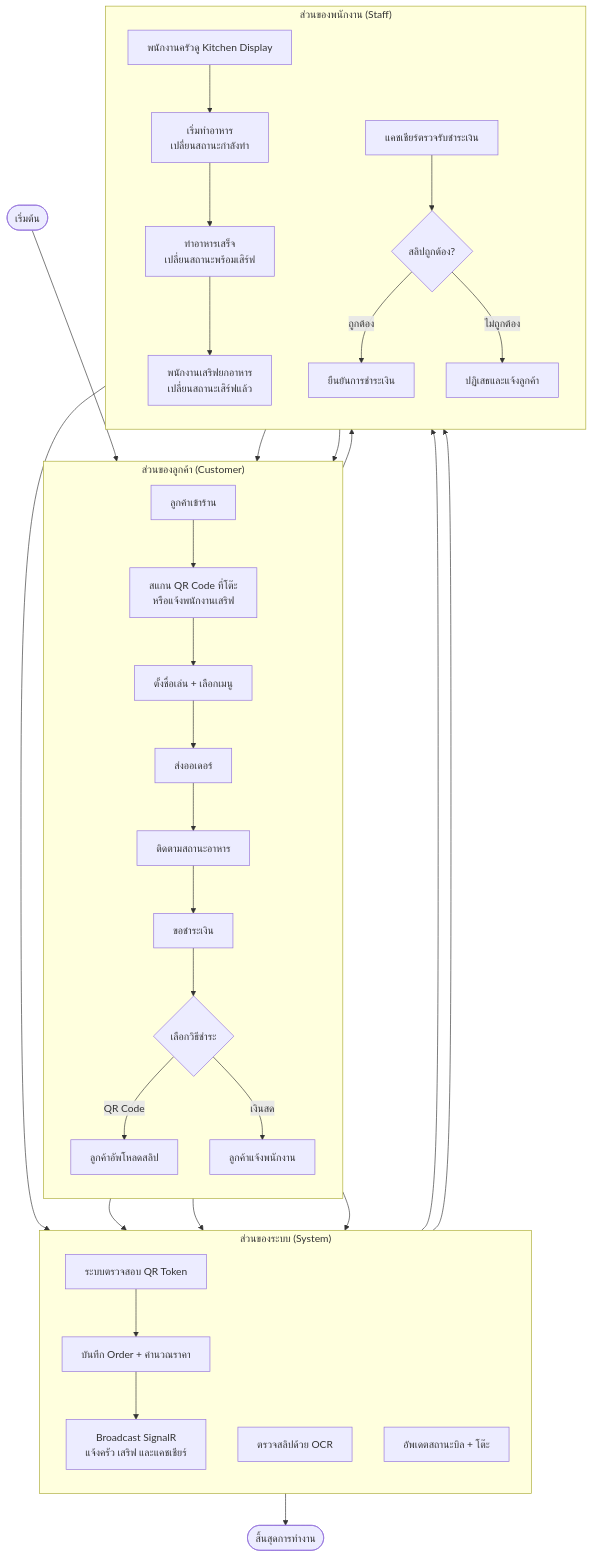
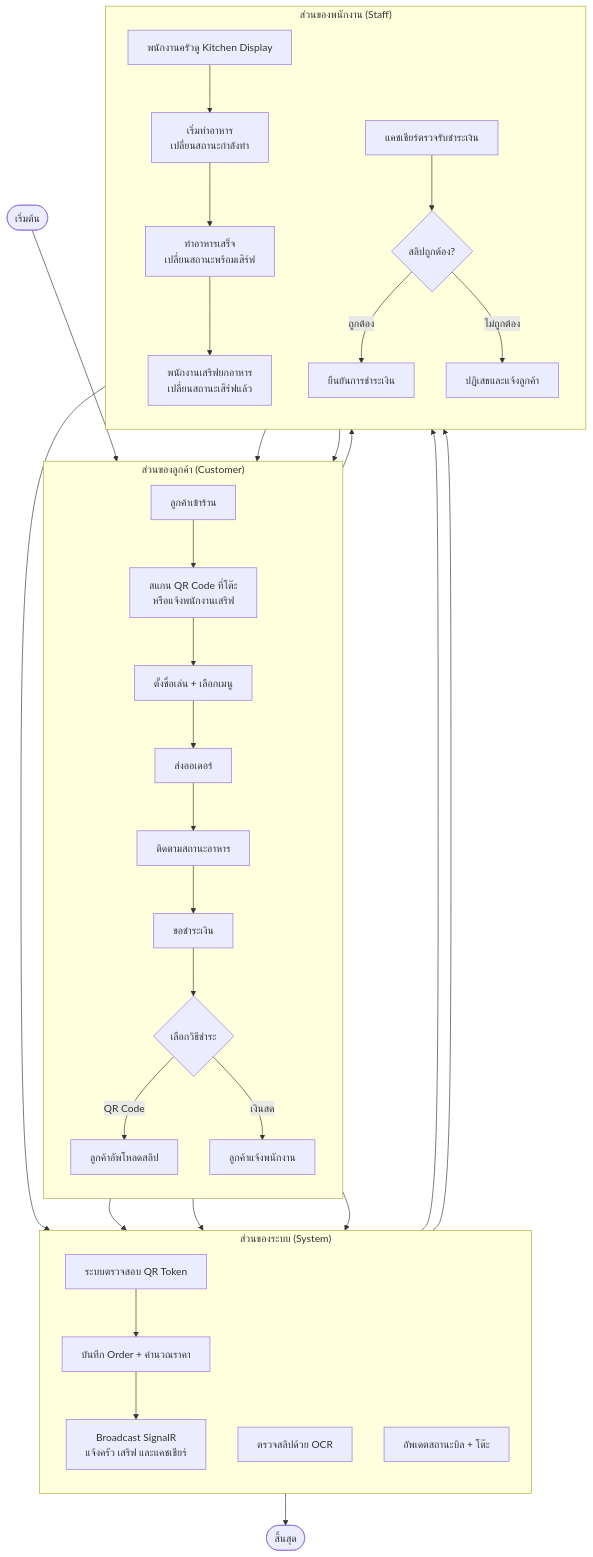
The third of 28 diagrams in doc/report/05-chapter-3-design.md (TurkPhakim/RBMS-POS-Website), drawn with Mermaid before and after one commit. The commit also changed other lines of this file and 7 other files, not shown here.

````diff
--- a/doc/report/05-chapter-3-design.md
+++ b/doc/report/05-chapter-3-design.md
@@ -253,68 +268,68 @@
 ```mermaid
 graph TB
     Start([เริ่มต้น])
 
     subgraph Customer["ส่วนของลูกค้า (Customer)"]
         direction TB
         C1["ลูกค้าเข้าร้าน"]
         C2["สแกน QR Code ที่โต๊ะ<br/>หรือแจ้งพนักงานเสริฟ"]
         C3["ตั้งชื่อเล่น + เลือกเมนู"]
         C4["ส่งออเดอร์"]
         C5["ติดตามสถานะอาหาร"]
         C6["ขอชำระเงิน"]
         C7{"เลือกวิธีชำระ"}
         C8["ลูกค้าแจ้งพนักงาน"]
         C9["ลูกค้าอัพโหลดสลิป"]
         C1 --> C2
         C2 --> C3
         C3 --> C4
         C4 --> C5
         C5 --> C6
         C6 --> C7
         C7 -->|QR Code| C9
         C7 -->|เงินสด| C8
     end
 
     subgraph System["ส่วนของระบบ (System)"]
         direction TB
         S1["ระบบตรวจสอบ QR Token"]
         S2["บันทึก Order + คำนวณราคา"]
         S3["Broadcast SignalR<br/>แจ้งครัว เสริฟ และแคชเชียร์"]
         S4["ตรวจสลิปด้วย OCR"]
         S5["อัพเดตสถานะบิล + โต๊ะ"]
         S1 --> S2
         S2 --> S3
     end
 
     subgraph Staff["ส่วนของพนักงาน (Staff)"]
         direction TB
         T1["พนักงานครัวดู Kitchen Display"]
         T2["เริ่มทำอาหาร<br/>เปลี่ยนสถานะกำลังทำ"]
         T3["ทำอาหารเสร็จ<br/>เปลี่ยนสถานะพร้อมเสิร์ฟ"]
         T4["พนักงานเสริฟยกอาหาร<br/>เปลี่ยนสถานะเสิร์ฟแล้ว"]
         T5["แคชเชียร์ตรวจรับชำระเงิน"]
         T6{"สลิปถูกต้อง?"}
         T7["ยืนยันการชำระเงิน"]
         T8["ปฏิเสธและแจ้งลูกค้า"]
         T1 --> T2
         T2 --> T3
         T3 --> T4
         T5 --> T6
         T6 -->|ถูกต้อง| T7
         T6 -->|ไม่ถูกต้อง| T8
     end
 
-    End([สิ้นสุดการทำงาน])
+    End([สิ้นสุด])
 
     Start --> C1
     C2 --> S1
     C4 --> S2
     S3 --> T1
     T4 --> C5
     C8 --> T5
     C9 --> S4
     S4 --> T5
     T7 --> S5
     T8 --> C6
     S5 --> End
 ```
````
